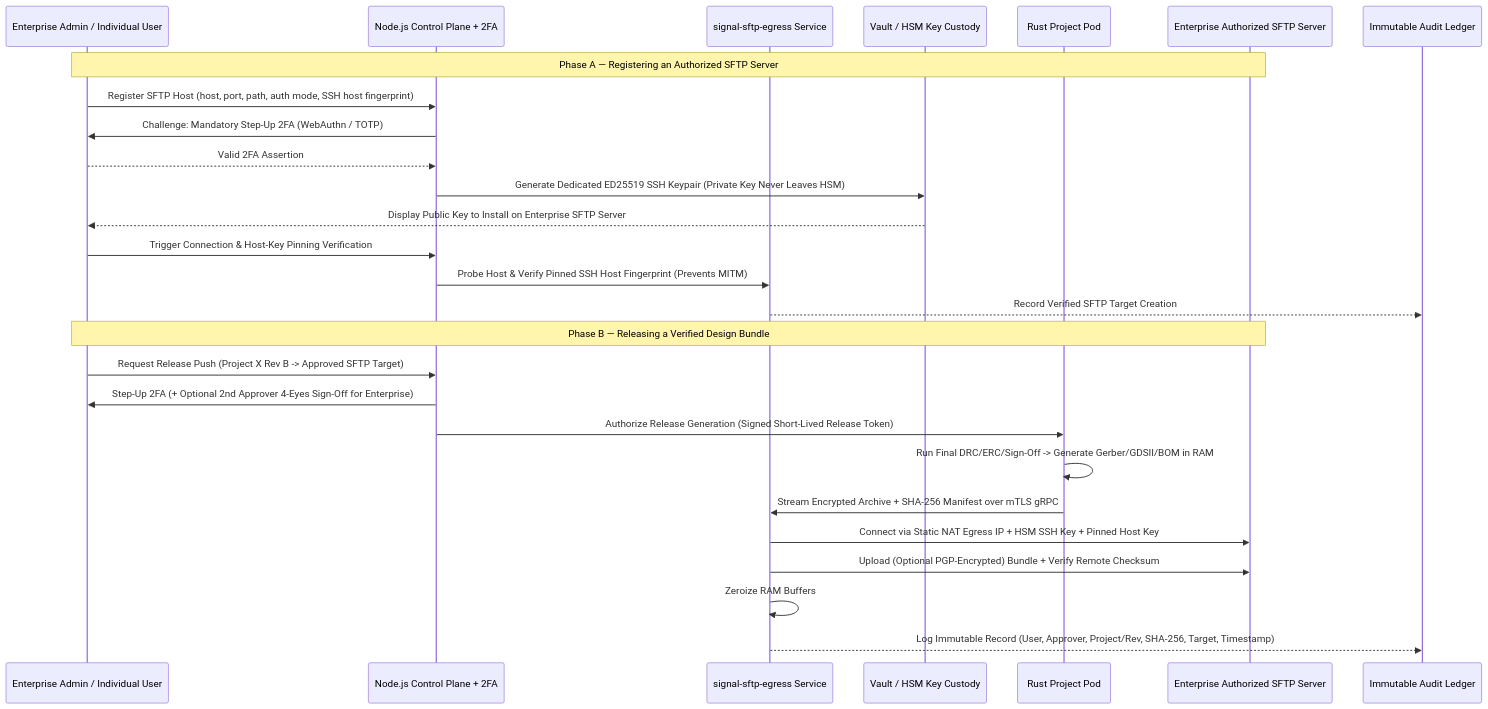
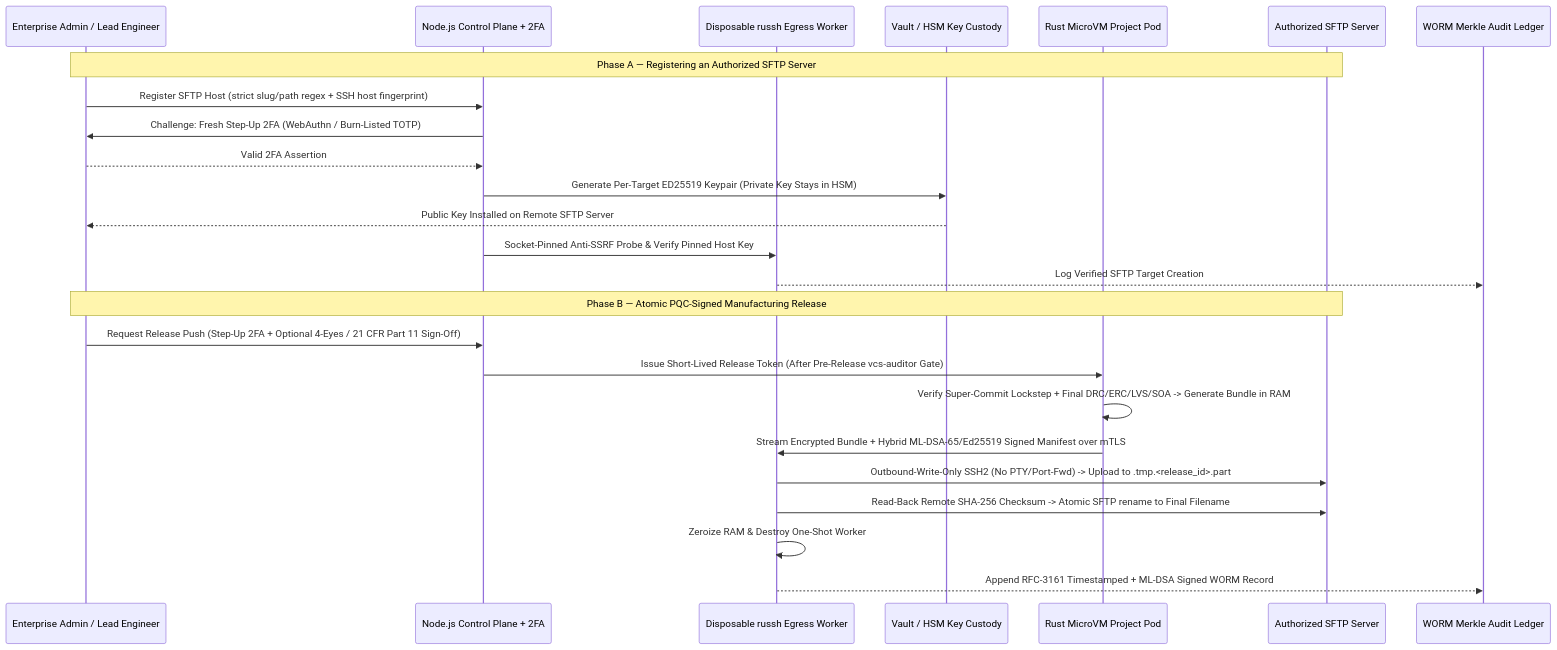
One commit to the-code-master/signal changed the second of 2 diagrams in architecture/07-security-encryption-dlp-and-sftp.md. Above: the diagram before and after it, drawn with Mermaid. The commit also changed other lines of this file and 22 other files, not shown here.

Commit message:
docs: resolve 112 architectural flaws, add 12 futuristic AI-EDA innovations, and complete 2-pass scrub

````diff
--- a/architecture/07-security-encryption-dlp-and-sftp.md
+++ b/architecture/07-security-encryption-dlp-and-sftp.md
@@ -97,31 +87,29 @@
 ```mermaid
 sequenceDiagram
-    participant Admin as Enterprise Admin / Individual User
+    participant Admin as Enterprise Admin / Lead Engineer
     participant BFF as Node.js Control Plane + 2FA
-    participant SFTP as signal-sftp-egress Service
+    participant SFTP as Disposable russh Egress Worker
     participant HSM as Vault / HSM Key Custody
-    participant Pod as Rust Project Pod
-    participant Target as Enterprise Authorized SFTP Server
-    participant Audit as Immutable Audit Ledger
+    participant Pod as Rust MicroVM Project Pod
+    participant Target as Authorized SFTP Server
+    participant Audit as WORM Merkle Audit Ledger
 
     Note over Admin,Target: Phase A — Registering an Authorized SFTP Server
-    Admin->>BFF: Register SFTP Host (host, port, path, auth mode, SSH host fingerprint)
-    BFF->>Admin: Challenge: Mandatory Step-Up 2FA (WebAuthn / TOTP)
+    Admin->>BFF: Register SFTP Host (strict slug/path regex + SSH host fingerprint)
+    BFF->>Admin: Challenge: Fresh Step-Up 2FA (WebAuthn / Burn-Listed TOTP)
     Admin-->>BFF: Valid 2FA Assertion
-    BFF->>HSM: Generate Dedicated ED25519 SSH Keypair (Private Key Never Leaves HSM)
-    HSM-->>Admin: Display Public Key to Install on Enterprise SFTP Server
-    Admin->>BFF: Trigger Connection & Host-Key Pinning Verification
-    BFF->>SFTP: Probe Host & Verify Pinned SSH Host Fingerprint (Prevents MITM)
-    SFTP-->>Audit: Record Verified SFTP Target Creation
+    BFF->>HSM: Generate Per-Target ED25519 Keypair (Private Key Stays in HSM)
+    HSM-->>Admin: Public Key Installed on Remote SFTP Server
+    BFF->>SFTP: Socket-Pinned Anti-SSRF Probe & Verify Pinned Host Key
+    SFTP-->>Audit: Log Verified SFTP Target Creation
 
-    Note over Admin,Target: Phase B — Releasing a Verified Design Bundle
-    Admin->>BFF: Request Release Push (Project X Rev B -> Approved SFTP Target)
-    BFF->>Admin: Step-Up 2FA (+ Optional 2nd Approver 4-Eyes Sign-Off for Enterprise)
-    BFF->>Pod: Authorize Release Generation (Signed Short-Lived Release Token)
-    Pod->>Pod: Run Final DRC/ERC/Sign-Off -> Generate Gerber/GDSII/BOM in RAM
-    Pod->>SFTP: Stream Encrypted Archive + SHA-256 Manifest over mTLS gRPC
-    SFTP->>Target: Connect via Static NAT Egress IP + HSM SSH Key + Pinned Host Key
-    SFTP->>Target: Upload (Optional PGP-Encrypted) Bundle + Verify Remote Checksum
-    SFTP->>SFTP: Zeroize RAM Buffers
-    SFTP-->>Audit: Log Immutable Record (User, Approver, Project/Rev, SHA-256, Target, Timestamp)
+    Note over Admin,Target: Phase B — Atomic PQC-Signed Manufacturing Release
+    Admin->>BFF: Request Release Push (Step-Up 2FA + Optional 4-Eyes / 21 CFR Part 11 Sign-Off)
+    BFF->>Pod: Issue Short-Lived Release Token (After Pre-Release vcs-auditor Gate)
+    Pod->>Pod: Verify Super-Commit Lockstep + Final DRC/ERC/LVS/SOA -> Generate Bundle in RAM
+    Pod->>SFTP: Stream Encrypted Bundle + Hybrid ML-DSA-65/Ed25519 Signed Manifest over mTLS
+    SFTP->>Target: Outbound-Write-Only SSH2 (No PTY/Port-Fwd) -> Upload to .tmp.<release_id>.part
+    SFTP->>Target: Read-Back Remote SHA-256 Checksum -> Atomic SFTP rename to Final Filename
+    SFTP->>SFTP: Zeroize RAM & Destroy One-Shot Worker
+    SFTP-->>Audit: Append RFC-3161 Timestamped + ML-DSA Signed WORM Record
 ```
````
